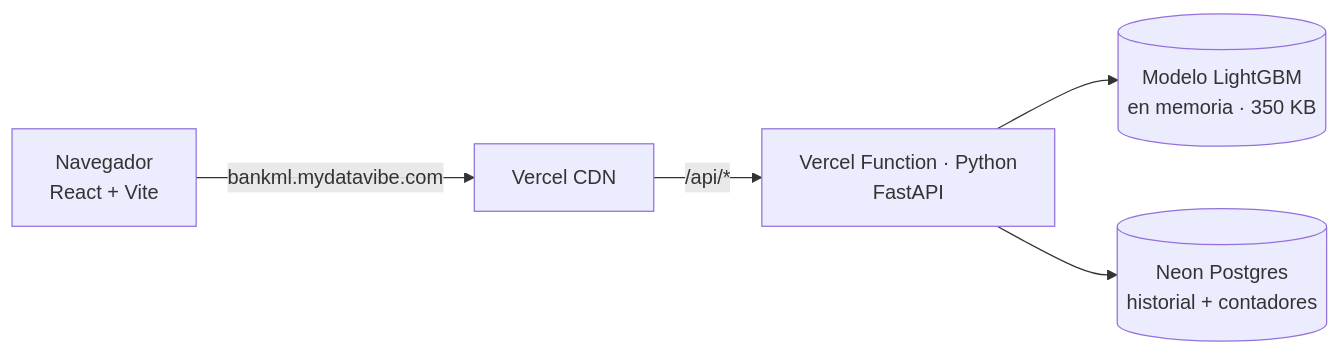
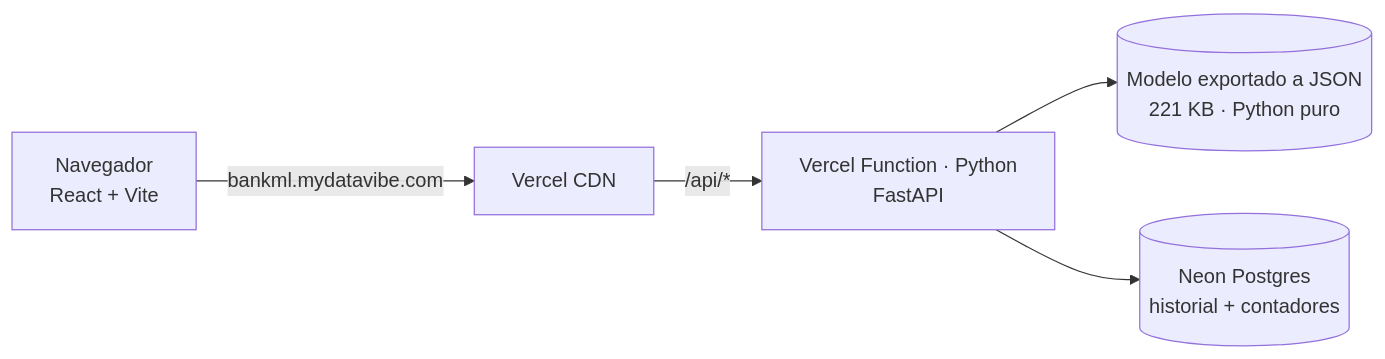
One commit to rodri-iot/FIUBA-IoT_Machine-Learning changed the diagram in README.md. Above: the diagram before and after it, drawn with Mermaid. The commit also changed other lines of this file and 3 other files, not shown here.

Commit message:
Docs: reflejar el motor en Python puro y el bug de month

````diff
--- a/README.md
+++ b/README.md
@@ -19,7 +19,7 @@
 ```mermaid
 flowchart LR
     U[Navegador<br/>React + Vite] -->|bankml.mydatavibe.com| V[Vercel CDN]
     V -->|/api/*| F[Vercel Function · Python<br/>FastAPI]
-    F --> M[(Modelo LightGBM<br/>en memoria · 350 KB)]
+    F --> M[(Modelo exportado a JSON<br/>221 KB · Python puro)]
     F --> N[(Neon Postgres<br/>historial + contadores)]
 ```
````
